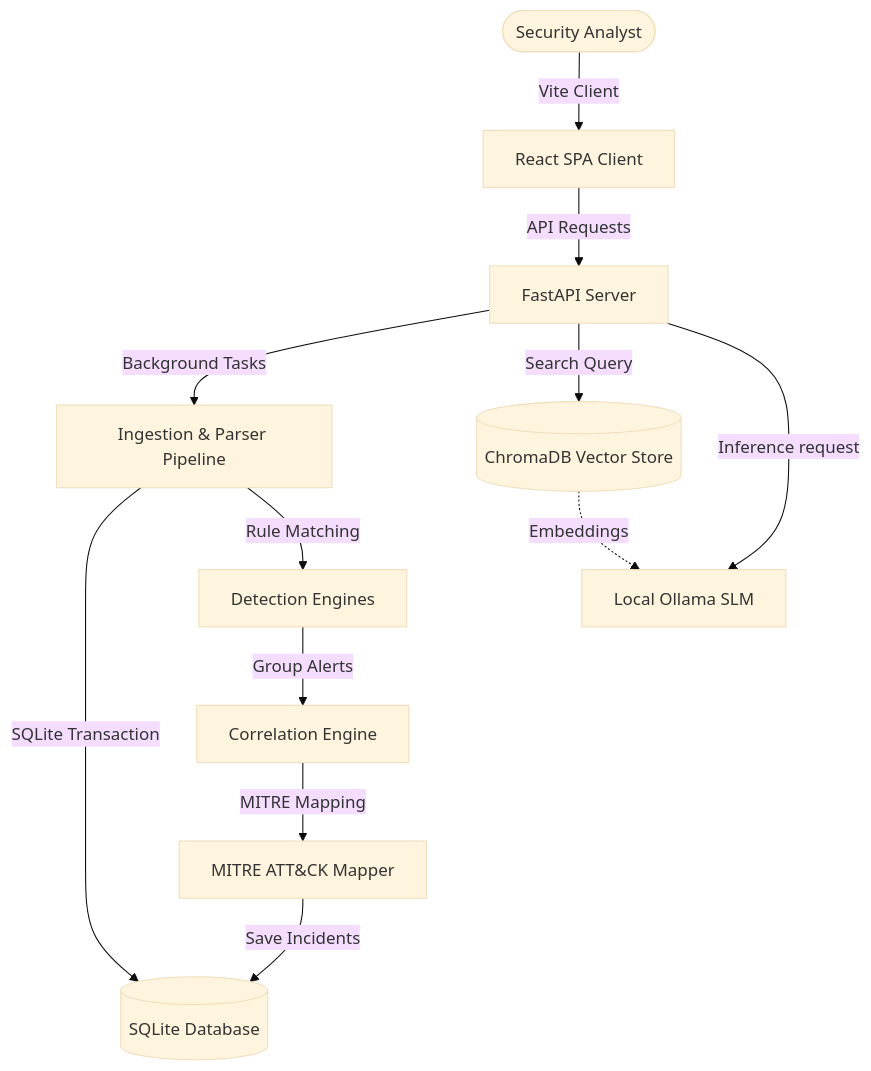
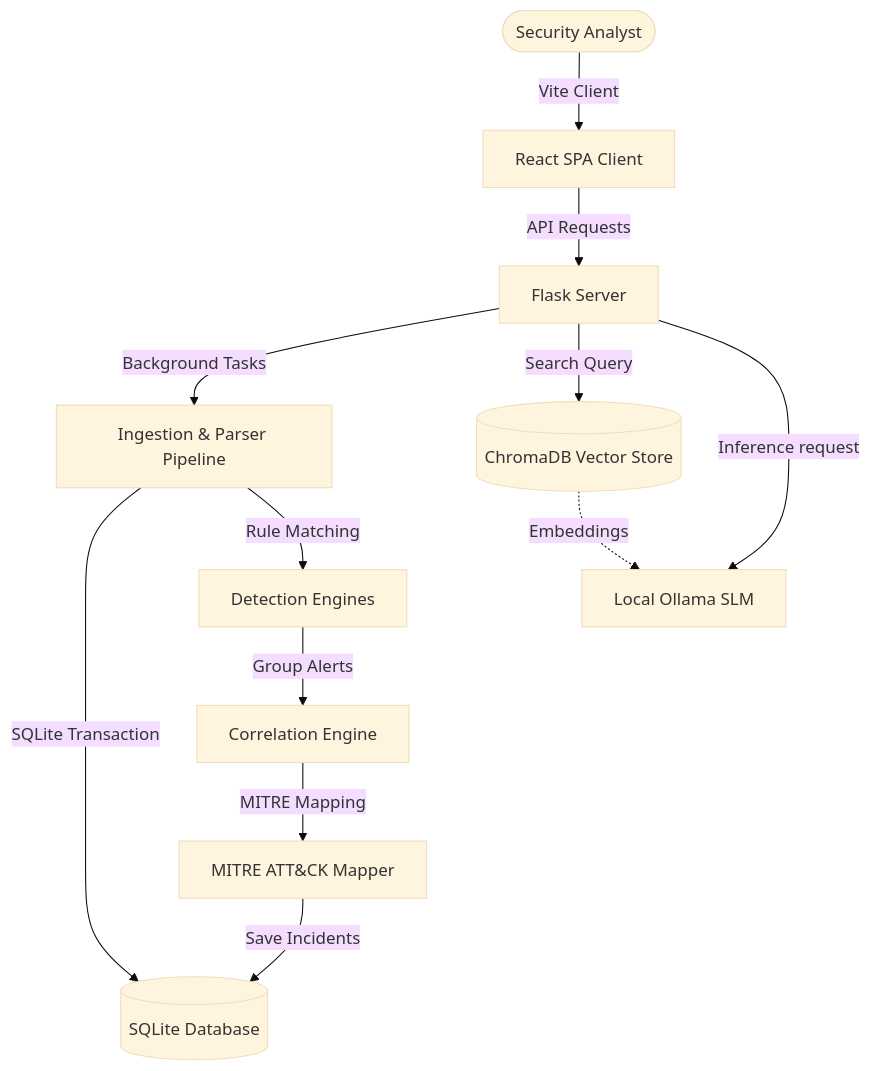
Before and after one commit to venkatesh-99-cbs/security_log_analysit-: the diagram in README.md, drawn with Mermaid (base theme). The commit also changed other lines of this file and 33 other files, not shown here.

````diff
--- a/README.md
+++ b/README.md
@@ -30,18 +30,18 @@
 ```mermaid
 graph TD
     User([Security Analyst]) -->|Vite Client| Frontend[React SPA Client]
-    Frontend -->|API Requests| Backend[FastAPI Server]
-    
+    Frontend -->|API Requests| Backend[Flask Server]
+
     Backend -->|Background Tasks| IngestPipeline[Ingestion & Parser Pipeline]
     IngestPipeline -->|SQLite Transaction| DB[(SQLite Database)]
     IngestPipeline -->|Rule Matching| Detection[Detection Engines]
-    
+
     Detection -->|Group Alerts| Correlation[Correlation Engine]
     Correlation -->|MITRE Mapping| MITRE[MITRE ATT&CK Mapper]
     MITRE -->|Save Incidents| DB
-    
+
     Backend -->|Search Query| Chroma[(ChromaDB Vector Store)]
     Backend -->|Inference request| Ollama[Local Ollama SLM]
-    
+
     Chroma -.->|Embeddings| Ollama
 ```
````
